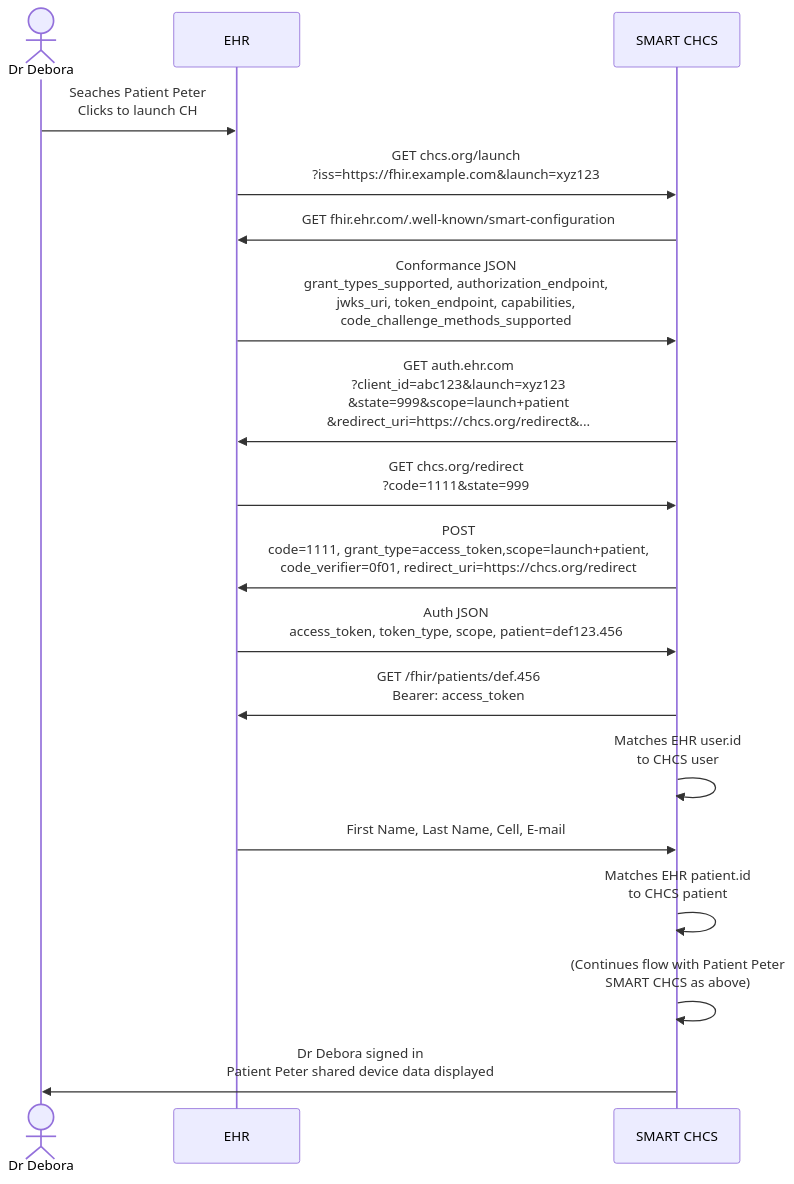
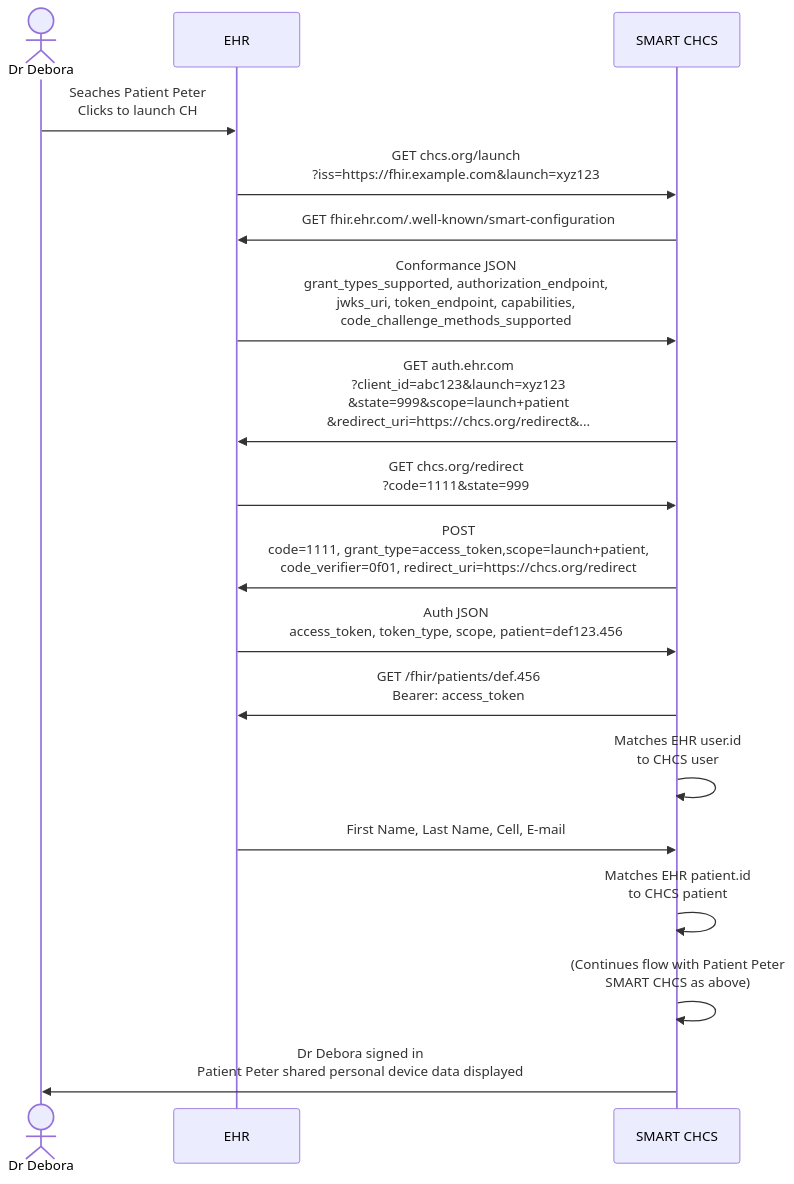
One commit to jupyterhealth/software-documentation changed the third of 5 diagrams in cloud-storage-reference-app.md. Above: the diagram before and after it, drawn with Mermaid. The commit also changed other lines of this file and 2 other files, not shown here.

Commit message:
changed medical device to personal device and added personal in front of device if it was not specified

````diff
--- a/cloud-storage-reference-app.md
+++ b/cloud-storage-reference-app.md
@@ -259,20 +260,20 @@
 ```mermaid
 sequenceDiagram
     actor Dr Debora
     participant EHR
     participant SMART CHCS
     Dr Debora->>EHR: Seaches Patient Peter<br/>Clicks to launch CH
     EHR->>SMART CHCS: GET chcs.org/launch<br/>?iss=https://fhir.example.com&launch=xyz123
     SMART CHCS->>EHR: GET fhir.ehr.com/.well-known/smart-configuration
     EHR->>SMART CHCS: Conformance JSON<br/>grant_types_supported, authorization_endpoint,<br/>jwks_uri, token_endpoint, capabilities,<br/>code_challenge_methods_supported
     SMART CHCS->>EHR: GET auth.ehr.com<br/>?client_id=abc123&launch=xyz123<br/>&state=999&scope=launch+patient<br/>&redirect_uri=https://chcs.org/redirect&...
     EHR->>SMART CHCS: GET chcs.org/redirect<br/>?code=1111&state=999
     SMART CHCS->>EHR: POST<br/>code=1111, grant_type=access_token,scope=launch+patient,<br/>code_verifier=0f01, redirect_uri=https://chcs.org/redirect
     EHR->>SMART CHCS: Auth JSON<br/>access_token, token_type, scope, patient=def123.456
     SMART CHCS->>EHR: GET /fhir/patients/def.456<br/>Bearer: access_token
     SMART CHCS->>SMART CHCS: Matches EHR user.id<br/>to CHCS user
     EHR->>SMART CHCS: First Name, Last Name, Cell, E-mail
     SMART CHCS->>SMART CHCS: Matches EHR patient.id<br/>to CHCS patient
     SMART CHCS->>SMART CHCS: (Continues flow with Patient Peter<br/>SMART CHCS as above)
-    SMART CHCS->>Dr Debora: Dr Debora signed in<br/>Patient Peter shared device data displayed
+    SMART CHCS->>Dr Debora: Dr Debora signed in<br/>Patient Peter shared personal device data displayed
 ```
````
